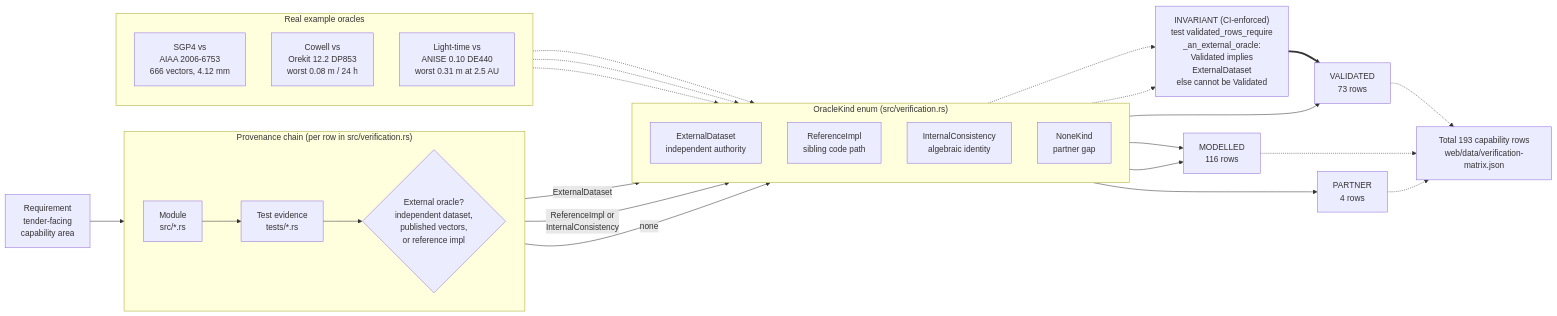
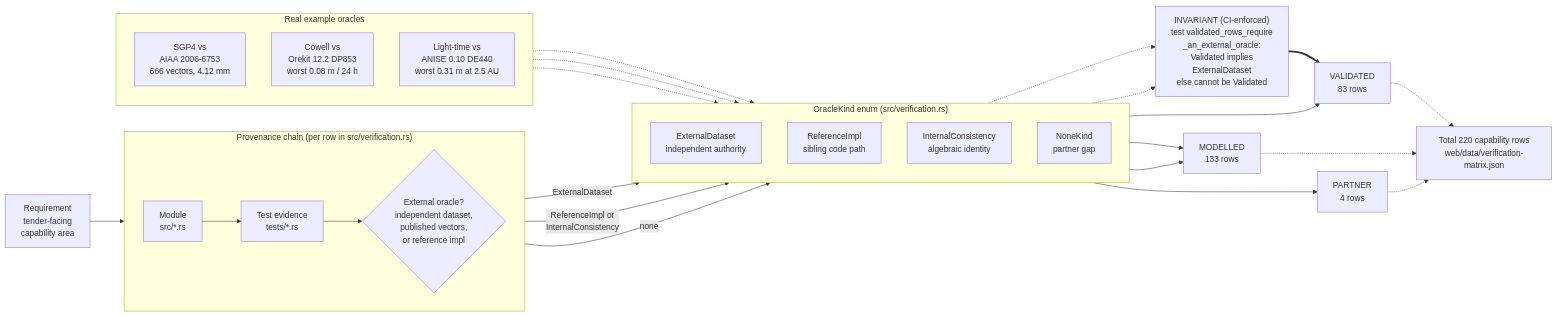
Before and after one commit to ashfordeOU/kshana: the diagram in docs/diagrams/validation-provenance.mmd, drawn with Mermaid. The commit also changed 38 other files, not shown here.

```diff
--- a/docs/diagrams/validation-provenance.mmd
+++ b/docs/diagrams/validation-provenance.mmd
@@ -1,49 +1,49 @@
 flowchart LR
     REQ["Requirement<br/>tender-facing<br/>capability area"]
 
     subgraph CHAIN["Provenance chain (per row in src/verification.rs)"]
         direction LR
         MOD["Module<br/>src/*.rs"]
         TST["Test evidence<br/>tests/*.rs"]
         ORA{"External oracle?<br/>independent dataset,<br/>published vectors,<br/>or reference impl"}
     end
 
     REQ --> MOD --> TST --> ORA
 
     subgraph KINDS["OracleKind enum (src/verification.rs)"]
         direction TD
         EXT["ExternalDataset<br/>independent authority"]
         REF["ReferenceImpl<br/>sibling code path"]
         INT["InternalConsistency<br/>algebraic identity"]
         NON["NoneKind<br/>partner gap"]
     end
 
     ORA -->|ExternalDataset| EXT
     ORA -->|"ReferenceImpl or<br/>InternalConsistency"| INT
     ORA -->|none| NON
 
     GUARD["INVARIANT (CI-enforced)<br/>test validated_rows_require<br/>_an_external_oracle:<br/>Validated implies<br/>ExternalDataset<br/>else cannot be Validated"]
     EXT -.-> GUARD
     INT -.-> GUARD
 
-    EXT --> VAL["VALIDATED<br/>73 rows"]
-    REF --> MDL["MODELLED<br/>116 rows"]
+    EXT --> VAL["VALIDATED<br/>83 rows"]
+    REF --> MDL["MODELLED<br/>133 rows"]
     INT --> MDL
     NON --> PRT["PARTNER<br/>4 rows"]
     GUARD ==> VAL
 
     subgraph EX["Real example oracles"]
         direction TD
         E1["SGP4 vs<br/>AIAA 2006-6753<br/>666 vectors, 4.12 mm"]
         E2["Cowell vs<br/>Orekit 12.2 DP853<br/>worst 0.08 m / 24 h"]
         E3["Light-time vs<br/>ANISE 0.10 DE440<br/>worst 0.31 m at 2.5 AU"]
     end
 
     E1 -.-> EXT
     E2 -.-> EXT
     E3 -.-> EXT
 
-    TOTAL["Total 193 capability rows<br/>web/data/verification-matrix.json"]
+    TOTAL["Total 220 capability rows<br/>web/data/verification-matrix.json"]
     VAL -.-> TOTAL
     MDL -.-> TOTAL
     PRT -.-> TOTAL
```
